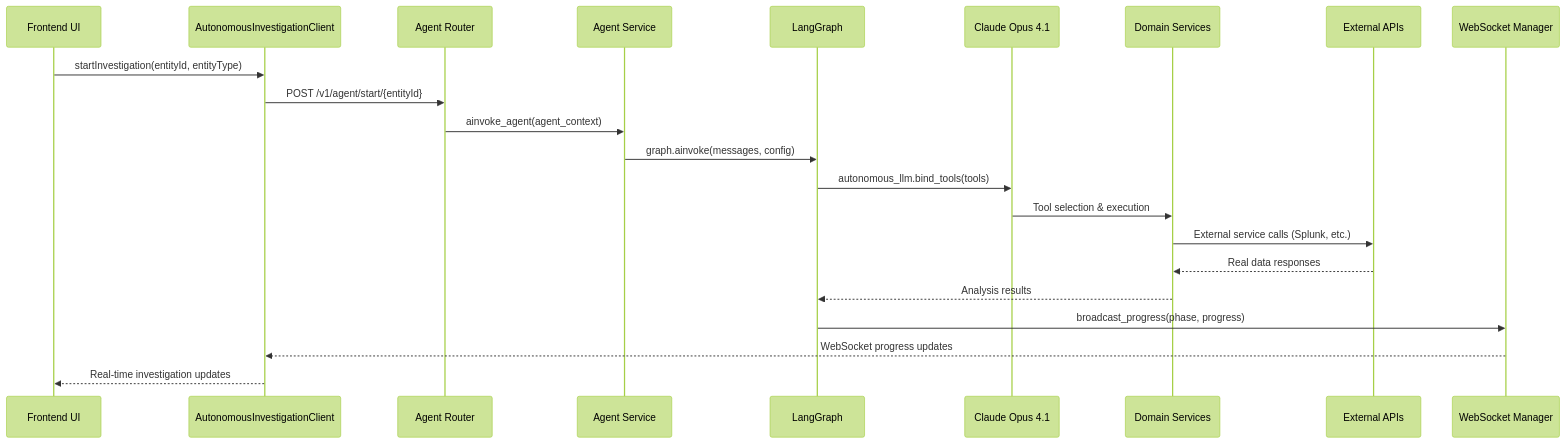
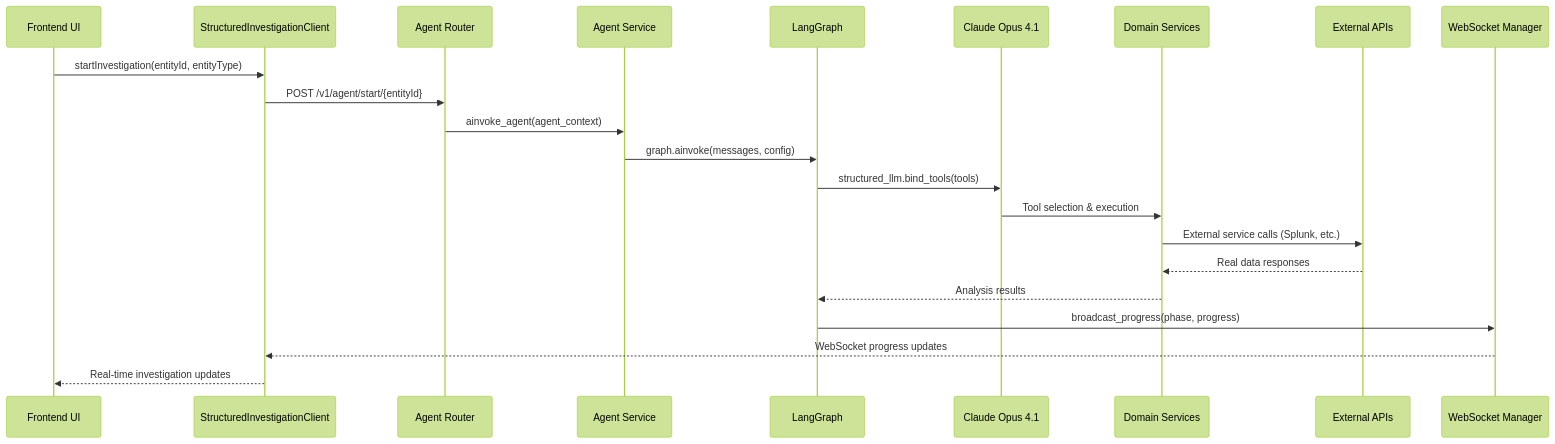
The diagram in docs/autonomous_investigation_workflow_validation.md (Olorin-ai-git/Bayit-Plus), drawn with Mermaid (forest theme) before and after one commit. The commit also changed other lines of this file and 703 other files, not shown here.

````diff
--- a/docs/autonomous_investigation_workflow_validation.md
+++ b/docs/autonomous_investigation_workflow_validation.md
@@ -211,25 +211,25 @@
 ```mermaid
 sequenceDiagram
     participant UI as Frontend UI
-    participant AC as AutonomousInvestigationClient
+    participant AC as StructuredInvestigationClient
     participant AR as Agent Router
     participant AS as Agent Service
     participant LG as LangGraph
     participant LLM as Claude Opus 4.1
     participant DS as Domain Services
     participant EA as External APIs
     participant WS as WebSocket Manager
 
     UI->>AC: startInvestigation(entityId, entityType)
     AC->>AR: POST /v1/agent/start/{entityId}
     AR->>AS: ainvoke_agent(agent_context)
     AS->>LG: graph.ainvoke(messages, config)
-    LG->>LLM: autonomous_llm.bind_tools(tools)
+    LG->>LLM: structured_llm.bind_tools(tools)
     LLM->>DS: Tool selection & execution
     DS->>EA: External service calls (Splunk, etc.)
     EA-->>DS: Real data responses
     DS-->>LG: Analysis results
     LG->>WS: broadcast_progress(phase, progress)
     WS-->>AC: WebSocket progress updates
     AC-->>UI: Real-time investigation updates
 ```
````
